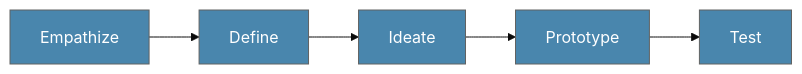
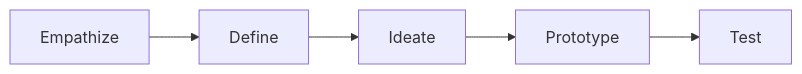
The diagram in experiences/design/DesignThinking.md (Standards-and-Practices/Structured-Rapid-Development), drawn with Mermaid before and after one commit. The commit also changed other lines of this file, not shown here.

````diff
--- a/experiences/design/DesignThinking.md
+++ b/experiences/design/DesignThinking.md
@@ -7,8 +7,7 @@
 ```mermaid
-%%{init: {'theme': 'base', 'themeVariables': { 'primaryColor': '#4986ad', 'primaryTextColor':'#ffffff'}}}%%
   flowchart LR;
       Empathize-->Define;
       Define-->Ideate;
       Ideate-->Prototype;
       Prototype-->Test;
 ```
````
